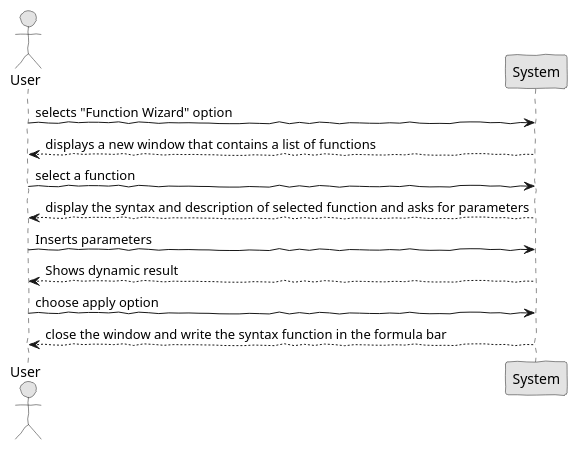
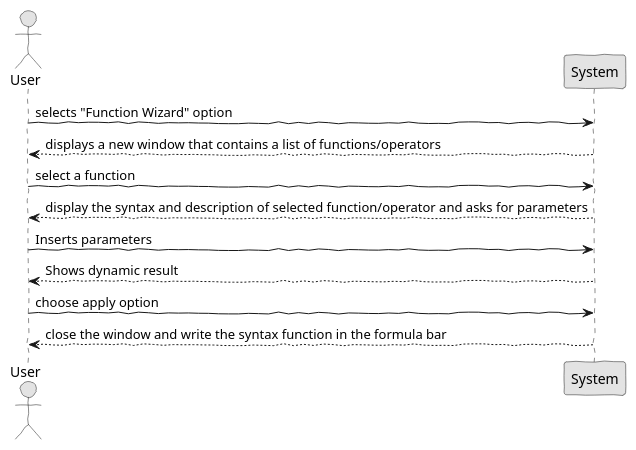
The diagram in src/main/java/lapr4/red/s2/lang/n1150613/FunctionWizard/ssd_insert_function_intermediate_wizard.puml (MikeTekOn/lapr4-2017-2dd), drawn with PlantUML before and after one commit. The commit also changed 7 other files, not shown here.

```diff
--- a/src/main/java/lapr4/red/s2/lang/n1150613/FunctionWizard/ssd_insert_function_intermediate_wizard.puml
+++ b/src/main/java/lapr4/red/s2/lang/n1150613/FunctionWizard/ssd_insert_function_intermediate_wizard.puml
@@ -1,19 +1,19 @@
 @startuml ssd_insert_function_basic_wizard.png
 skinparam handwritten true
 skinparam monochrome true
 skinparam packageStyle rect
 skinparam defaultFontName FG Virgil
 skinparam shadowing false
 
 actor User 
 participant "System" as S
 User -> S : selects "Function Wizard" option
-S --> User : displays a new window that contains a list of functions 
+S --> User : displays a new window that contains a list of functions/operators
 User -> S : select a function
-S --> User : display the syntax and description of selected function and asks for parameters
+S --> User : display the syntax and description of selected function/operator and asks for parameters
 User -> S : Inserts parameters
 S --> User : Shows dynamic result
 User -> S : choose apply option
 S --> User : close the window and write the syntax function in the formula bar
 
 @enduml
```
